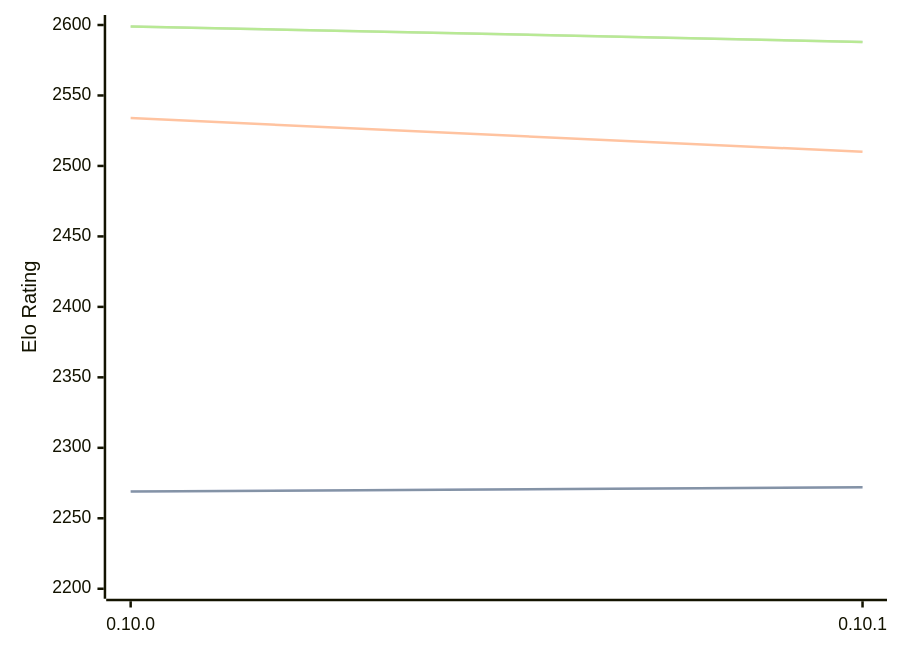
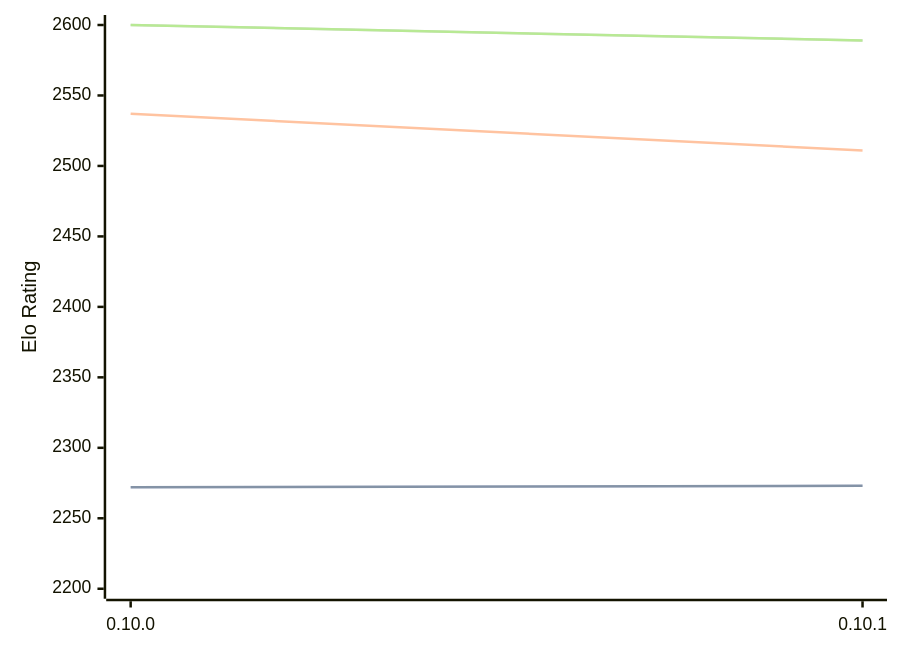
Before and after one commit to computer-chess-index/cci: the diagram in engines/Fatalii.md, drawn with Mermaid. The commit also changed other lines of this file, not shown here.

Commit message:
Update CCI Ratings (ELO VLTC) - 2026-08-22

````diff
--- a/engines/Fatalii.md
+++ b/engines/Fatalii.md
@@ -32,11 +32,11 @@
 ```mermaid
 %%{init: {"theme":"base","themeVariables":{"seriesColors:['#a3a3a3','#222221','#faa371']}}}%%
 xychart-beta
   x-axis ["0.10.0", "0.10.1"]
   y-axis "Elo Rating" 2200 --> 2600
-  line "STC (8.0+0.08s)" [2269, 2272]
-  line "STC (8.0+0.08s)" [2269, 2272]
-  line "LTC (60.0+0.60s)" [2534, 2510]
-  line "VLTC (2m24s+1.12s)" [2599, 2588]
-  line "VLTC (2m24s+1.12s)" [2599, 2588]
+  line "STC (8.0+0.08s)" [2272, 2273]
+  line "STC (8.0+0.08s)" [2272, 2273]
+  line "LTC (60.0+0.60s)" [2537, 2511]
+  line "VLTC (2m24s+1.12s)" [2600, 2589]
+  line "VLTC (2m24s+1.12s)" [2600, 2589]
 ```
````
